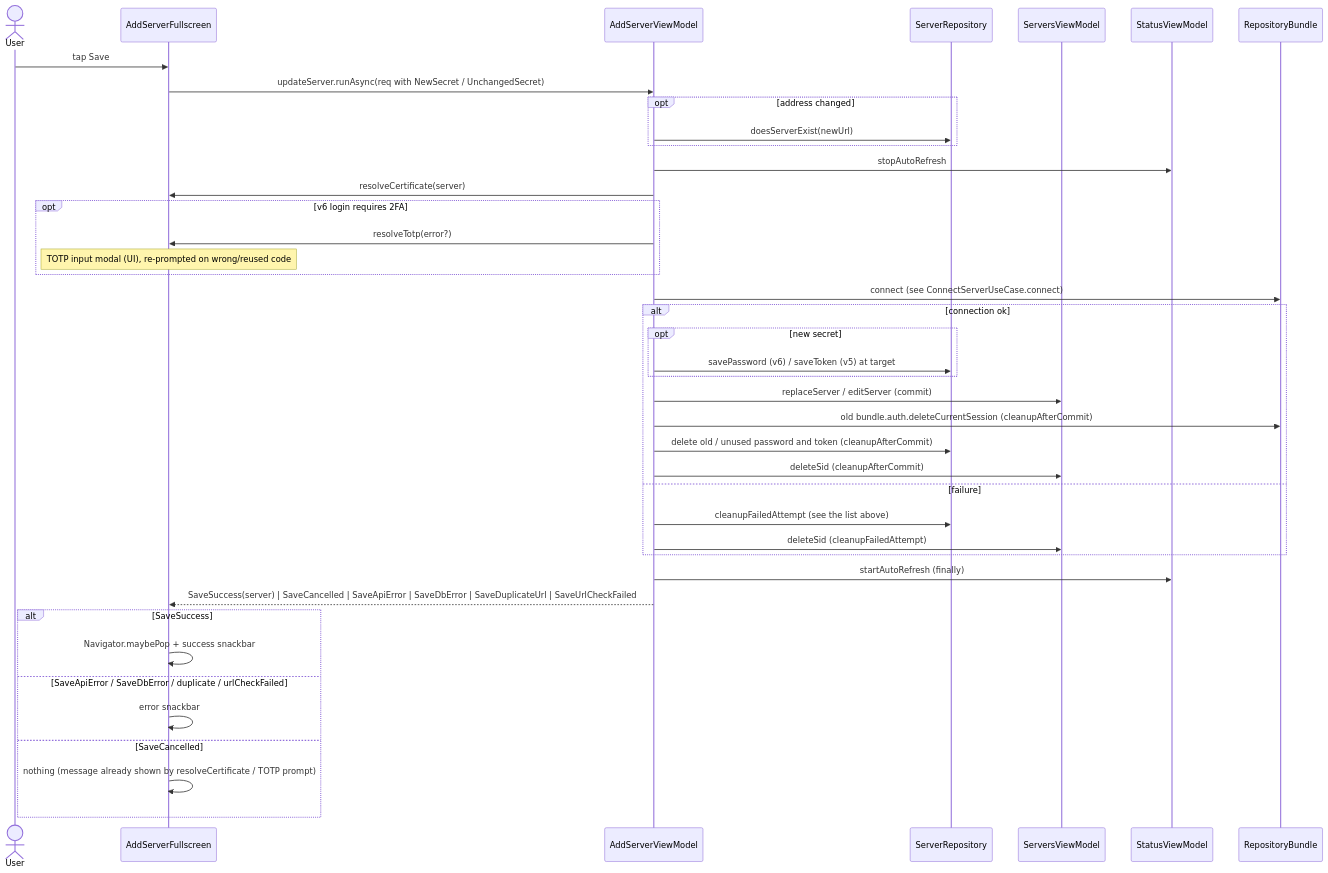
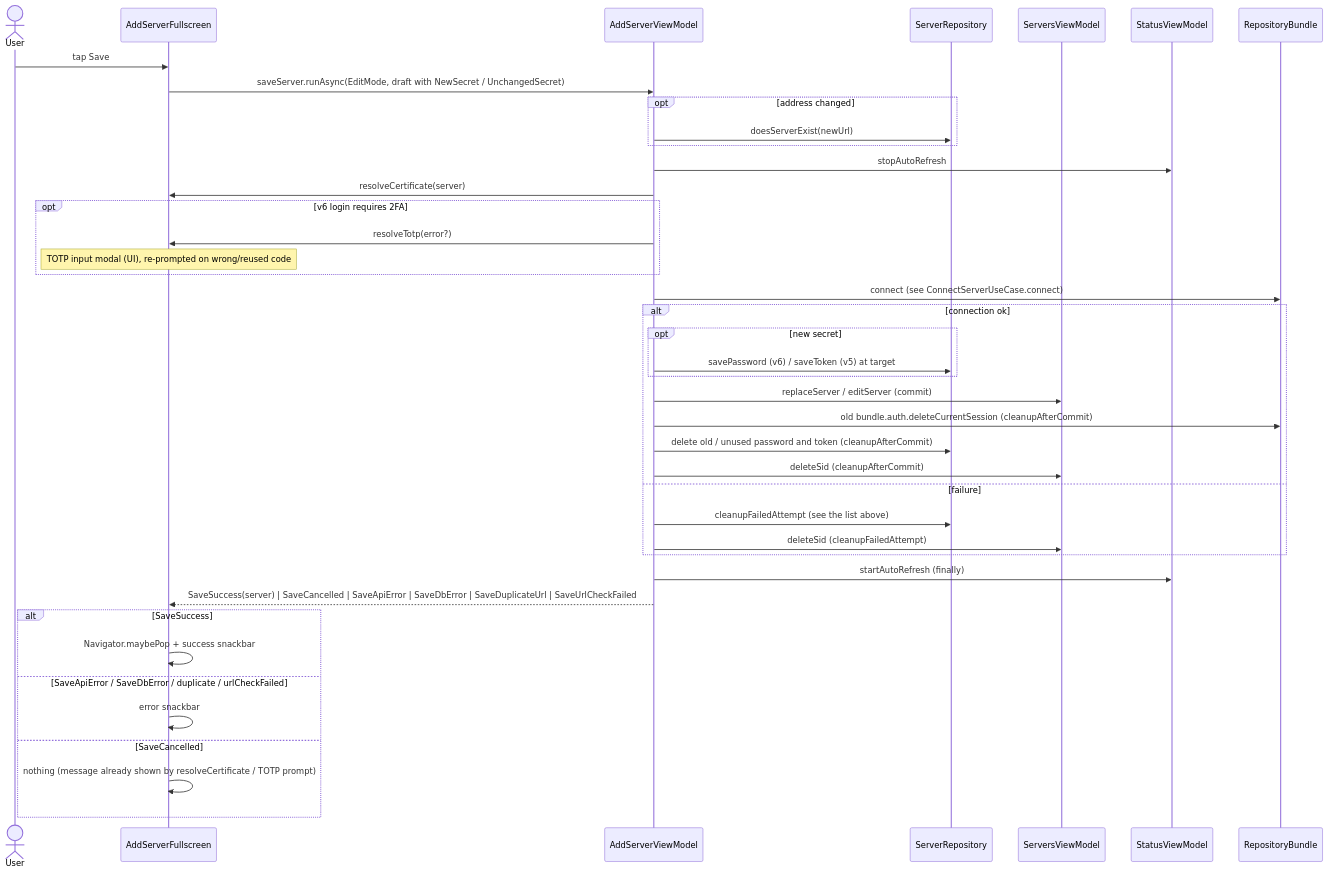
The eighth of 8 diagrams in docs/server-connection-flow.md (tsutsu3/pi-hole-client), drawn with Mermaid before and after one commit. The commit also changed other lines of this file and 3 other files, not shown here.

Commit message:
refactor(servers): merge add and edit into a single save command

````diff
--- a/docs/server-connection-flow.md
+++ b/docs/server-connection-flow.md
@@ -309,44 +309,44 @@
 ```mermaid
 sequenceDiagram
   actor U as User
   participant W as AddServerFullscreen
   participant VM as AddServerViewModel
   participant SR as ServerRepository
   participant SV as ServersViewModel
   participant ST as StatusViewModel
   participant B as RepositoryBundle
 
   U->>W: tap Save
-  W->>VM: updateServer.runAsync(req with NewSecret / UnchangedSecret)
+  W->>VM: saveServer.runAsync(EditMode, draft with NewSecret / UnchangedSecret)
   opt address changed
     VM->>SR: doesServerExist(newUrl)
   end
   VM->>ST: stopAutoRefresh
   VM->>W: resolveCertificate(server)
   opt v6 login requires 2FA
     VM->>W: resolveTotp(error?)
     Note over W: TOTP input modal (UI), re-prompted on wrong/reused code
   end
   VM->>B: connect (see ConnectServerUseCase.connect)
   alt connection ok
     opt new secret
       VM->>SR: savePassword (v6) / saveToken (v5) at target
     end
     VM->>SV: replaceServer / editServer (commit)
     VM->>B: old bundle.auth.deleteCurrentSession (cleanupAfterCommit)
     VM->>SR: delete old / unused password and token (cleanupAfterCommit)
     VM->>SV: deleteSid (cleanupAfterCommit)
   else failure
     VM->>SR: cleanupFailedAttempt (see the list above)
     VM->>SV: deleteSid (cleanupFailedAttempt)
   end
   VM->>ST: startAutoRefresh (finally)
   VM-->>W: SaveSuccess(server) | SaveCancelled | SaveApiError | SaveDbError | SaveDuplicateUrl | SaveUrlCheckFailed
   alt SaveSuccess
     W->>W: Navigator.maybePop + success snackbar
   else SaveApiError / SaveDbError / duplicate / urlCheckFailed
     W->>W: error snackbar
   else SaveCancelled
     W->>W: nothing (message already shown by resolveCertificate / TOTP prompt)
   end
 ```
````
